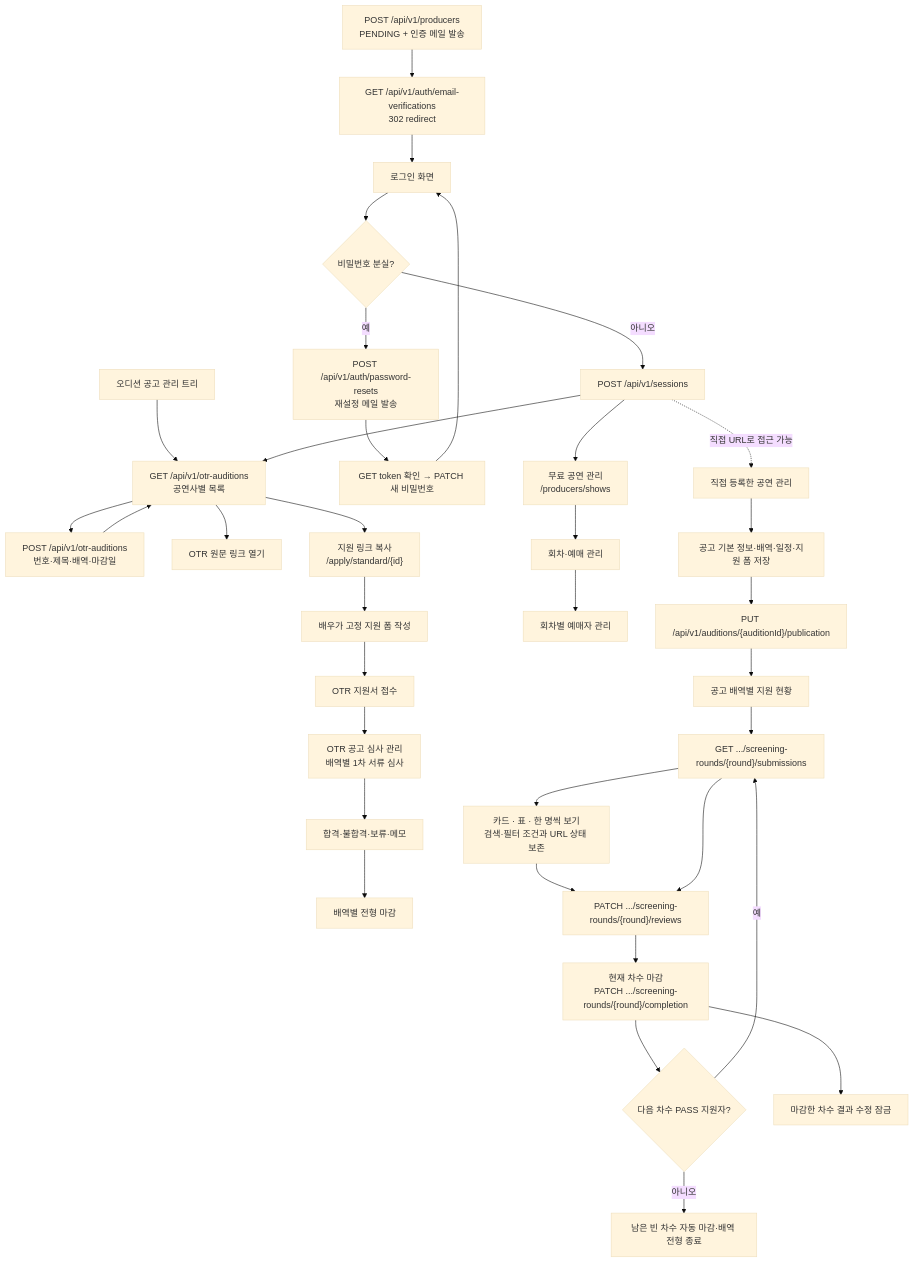
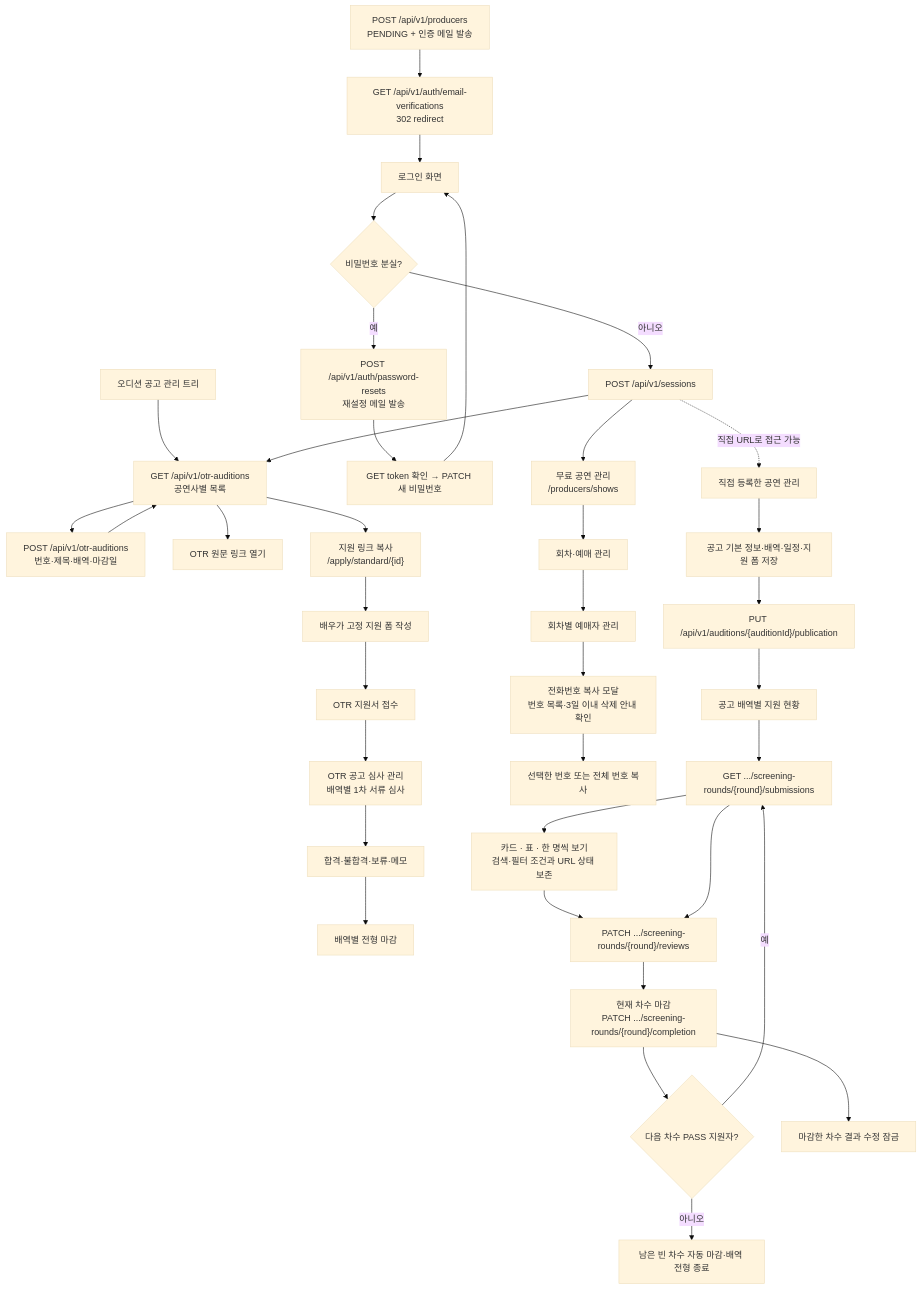
The diagram in frontend/docs/user-flows/producer.mmd (woowacourse-teams/2026-yesulin), drawn with Mermaid (base theme) before and after one commit. The commit also changed 2 other files, not shown here.

```diff
--- a/frontend/docs/user-flows/producer.mmd
+++ b/frontend/docs/user-flows/producer.mmd
@@ -1,35 +1,37 @@
 flowchart TD
     OTR_TREE["오디션 공고 관리 트리"] --> OTR_LIST["GET /api/v1/otr-auditions<br>공연사별 목록"]
     OTR_LIST --> OTR_CREATE["POST /api/v1/otr-auditions<br>번호·제목·배역·마감일"]
     OTR_CREATE --> OTR_LIST
     OTR_LIST --> OTR_SOURCE["OTR 원문 링크 열기"]
     OTR_LIST --> OTR_APPLY["지원 링크 복사<br>/apply/standard/{id}"]
     OTR_APPLY --> OTR_FORM["배우가 고정 지원 폼 작성"]
     OTR_FORM --> OTR_SUBMIT["OTR 지원서 접수"]
     OTR_SUBMIT --> OTR_SCREEN["OTR 공고 심사 관리<br>배역별 1차 서류 심사"]
     OTR_SCREEN --> OTR_DECIDE["합격·불합격·보류·메모"]
     OTR_DECIDE --> OTR_CLOSE["배역별 전형 마감"]
     SIGNUP["POST /api/v1/producers<br>PENDING + 인증 메일 발송"] --> VERIFY["GET /api/v1/auth/email-verifications<br>302 redirect"]
     VERIFY --> LOGIN_FORM["로그인 화면"]
     LOGIN_FORM --> FORGOT{"비밀번호 분실?"}
     FORGOT -- 예 --> RESET_MAIL["POST /api/v1/auth/password-resets<br>재설정 메일 발송"]
     RESET_MAIL --> RESET["GET token 확인 → PATCH 새 비밀번호"]
     RESET --> LOGIN_FORM
     FORGOT -- 아니오 --> LOGIN["POST /api/v1/sessions"]
     LOGIN --> FREE_SHOW["무료 공연 관리<br>/producers/shows"]
     LOGIN --> OTR_LIST
     FREE_SHOW --> FREE_SESSION["회차·예매 관리"]
     FREE_SESSION --> FREE_RESERVATIONS["회차별 예매자 관리"]
+    FREE_RESERVATIONS --> PHONE_LIST["전화번호 복사 모달<br>번호 목록·3일 이내 삭제 안내 확인"]
+    PHONE_LIST --> PHONE_COPY["선택한 번호 또는 전체 번호 복사"]
     LOGIN -. "직접 URL로 접근 가능" .-> PERFORMANCE["직접 등록한 공연 관리"]
     PERFORMANCE --> AUDITION["공고 기본 정보·배역·일정·지원 폼 저장"]
     AUDITION --> PUBLISH["PUT /api/v1/auditions/{auditionId}/publication"]
     PUBLISH --> ROLE["공고 배역별 지원 현황"]
     ROLE --> BOARD["GET .../screening-rounds/{round}/submissions"]
     BOARD --> FOCUS["카드 · 표 · 한 명씩 보기\n검색·필터 조건과 URL 상태 보존"]
     FOCUS --> REVIEW
     BOARD --> REVIEW["PATCH .../screening-rounds/{round}/reviews"]
     REVIEW --> COMPLETE["현재 차수 마감<br>PATCH .../screening-rounds/{round}/completion"]
     COMPLETE --> NEXT{"다음 차수 PASS 지원자?"}
     NEXT -- 예 --> BOARD
     NEXT -- 아니오 --> LOCKED["남은 빈 차수 자동 마감·배역 전형 종료"]
     COMPLETE --> CURRENT_LOCKED["마감한 차수 결과 수정 잠금"]
```
